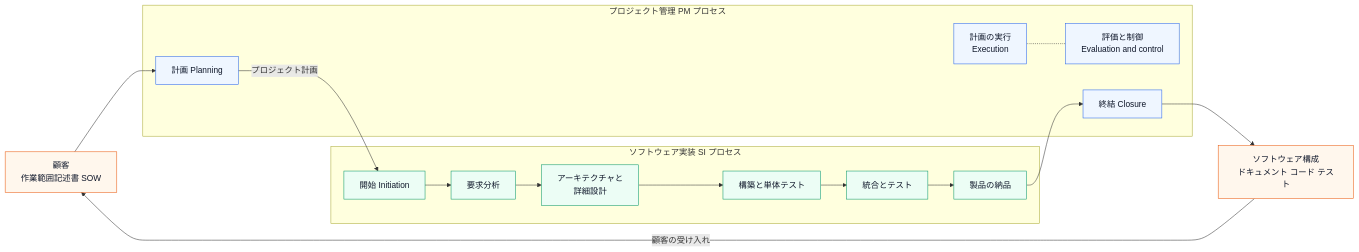
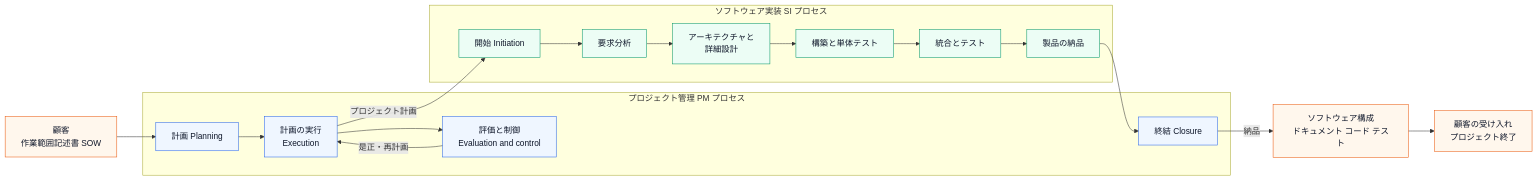
The eighth of 12 diagrams in Iso-iec-29110-1-1-2024-guide.md (myoshi2891/Quality-Assurance-Studies), drawn with Mermaid before and after one commit. The commit also changed other lines of this file, not shown here.

Commit message:
docs(iso-29110-1-1): 適合性評価と自己評価の区別明確化およびPMプロセスフロー記述の精緻化

````diff
--- a/Iso-iec-29110-1-1-2024-guide.md
+++ b/Iso-iec-29110-1-1-2024-guide.md
@@ -459,36 +460,39 @@
 ```mermaid
 flowchart LR
     BP0["顧客<br/>作業範囲記述書 SOW"]
     subgraph PMP["プロジェクト管理 PM プロセス"]
         BP1["計画 Planning"]
         BP2["計画の実行<br/>Execution"]
         BP3["評価と制御<br/>Evaluation and control"]
         BP4["終結 Closure"]
     end
     subgraph SIP["ソフトウェア実装 SI プロセス"]
         BP5["開始 Initiation"]
         BP6["要求分析"]
         BP7["アーキテクチャと<br/>詳細設計"]
         BP8["構築と単体テスト"]
         BP9["統合とテスト"]
         BP10["製品の納品"]
     end
     BP11["ソフトウェア構成<br/>ドキュメント コード テスト"]
+    BP12["顧客の受け入れ<br/>プロジェクト終了"]
     BP0 --> BP1
-    BP1 -->|"プロジェクト計画"| BP5
+    BP1 --> BP2
+    BP2 -->|"プロジェクト計画"| BP5
+    BP2 --> BP3
+    BP3 -->|"是正・再計画"| BP2
     BP5 --> BP6
     BP6 --> BP7
     BP7 --> BP8
     BP8 --> BP9
     BP9 --> BP10
     BP10 --> BP4
-    BP2 -.- BP3
-    BP4 --> BP11
-    BP11 -->|"顧客の受け入れ"| BP0
+    BP4 -->|"納品"| BP11
+    BP11 --> BP12
     classDef pm fill:#eff6ff,stroke:#2563eb,color:#0f172a
     classDef si fill:#ecfdf5,stroke:#059669,color:#0f172a
     classDef ext fill:#fff7ed,stroke:#ea580c,color:#0f172a
     class BP1,BP2,BP3,BP4 pm
     class BP5,BP6,BP7,BP8,BP9,BP10 si
-    class BP0,BP11 ext
+    class BP0,BP11,BP12 ext
 ```
````
